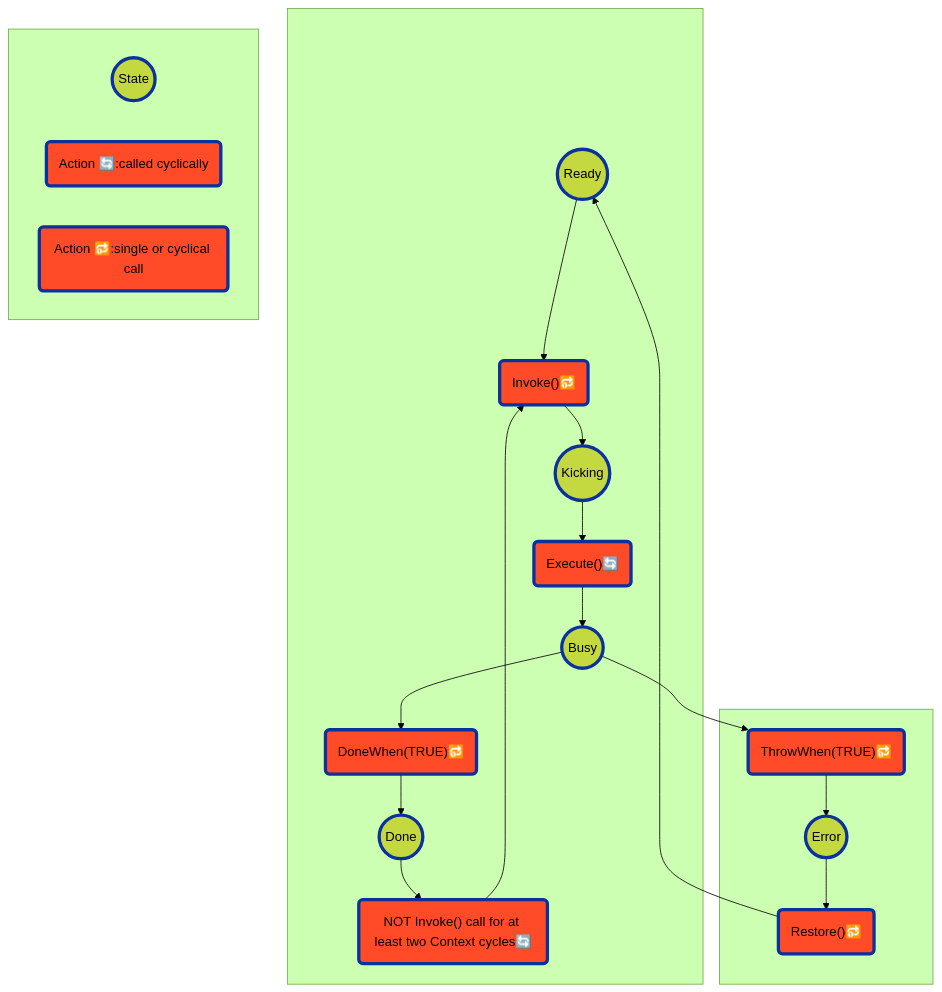
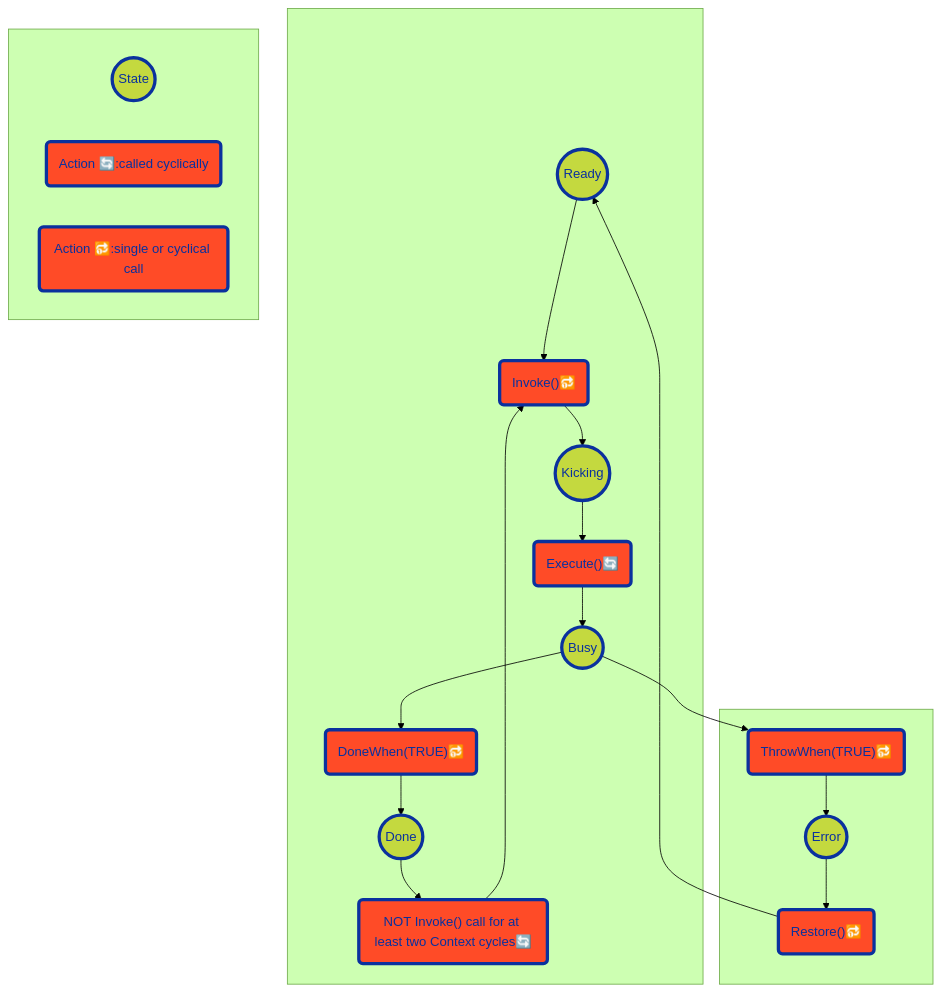
The fourth of 4 diagrams in src/core/ctrl/README.md (ix-ax/AXOpen), drawn with Mermaid (forest theme) before and after one commit.

````diff
--- a/src/core/ctrl/README.md
+++ b/src/core/ctrl/README.md
@@ -145,31 +145,31 @@
 ```mermaid
 flowchart TD
-    classDef states fill:#C4d93f,stroke:#0a319e,stroke-width:4px
-    classDef actions fill:#ff4b27,stroke:#0a319e,stroke-width:4px
+    classDef states fill:#C4d93f,stroke:#0a319e,stroke-width:4px,color:#0a319e
+    classDef actions fill:#ff4b27,stroke:#0a319e,stroke-width:4px,color:#0a319e
 
     s1((Ready))
     s2((Kicking))
     s3((Busy))
     s4((Done))
     s5((Error))
     a1("Invoke()#128258;")
     a2("Execute()#128260;")
     a3("DoneWhen(TRUE)#128258;")
     a4("ThrowWhen(TRUE)#128258;")
     a5("NOT Invoke() call for at least two Context cycles#128260;")
     a6("Restore()#128258;")
 
     subgraph  
         s1:::states --> a1:::actions --> s2:::states --> a2:::actions --> s3:::states --> a3:::actions --> s4:::states --> a5:::actions --> a1:::actions
     end
     subgraph   
         s3:::states --> a4:::actions
         a4:::actions --> s5:::states --> a6:::actions --> s1:::states 
     end
 
     subgraph   
         s((State)):::states
         ac("Action #128260;:called cyclically"):::actions
         as("Action #128258;:single or cyclical call "):::actions
     end
 ```
````
